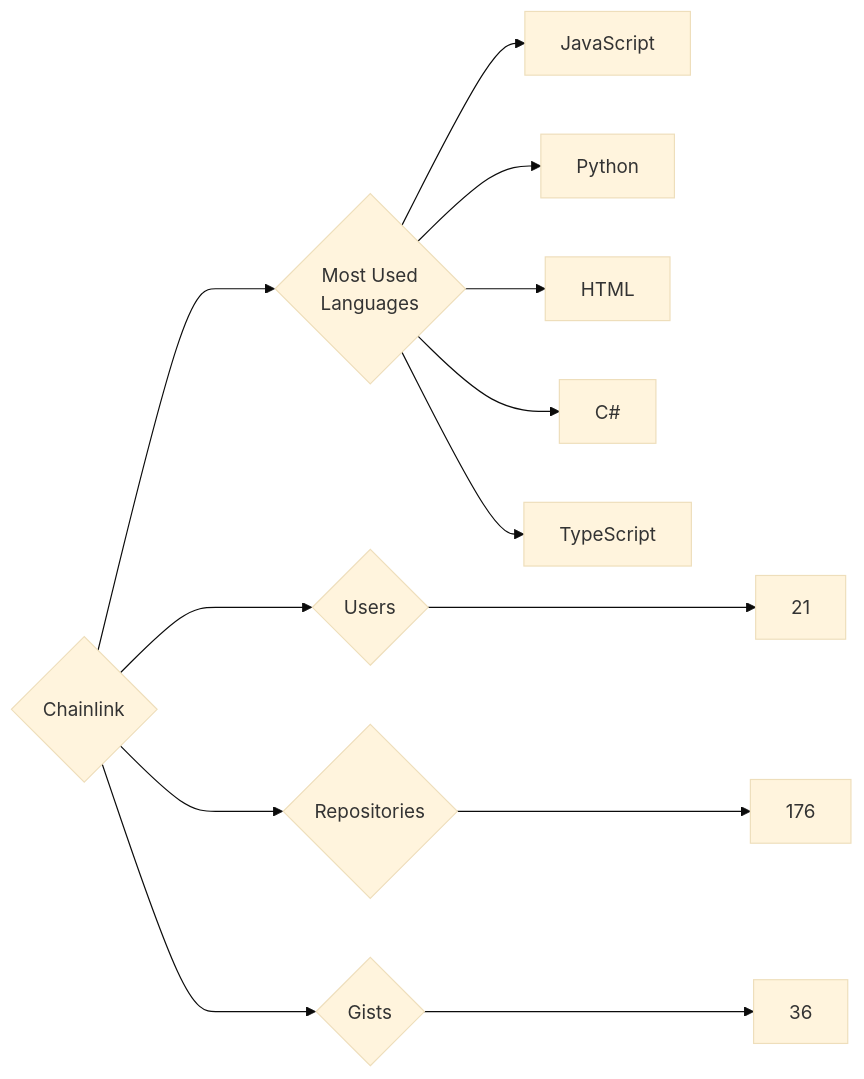
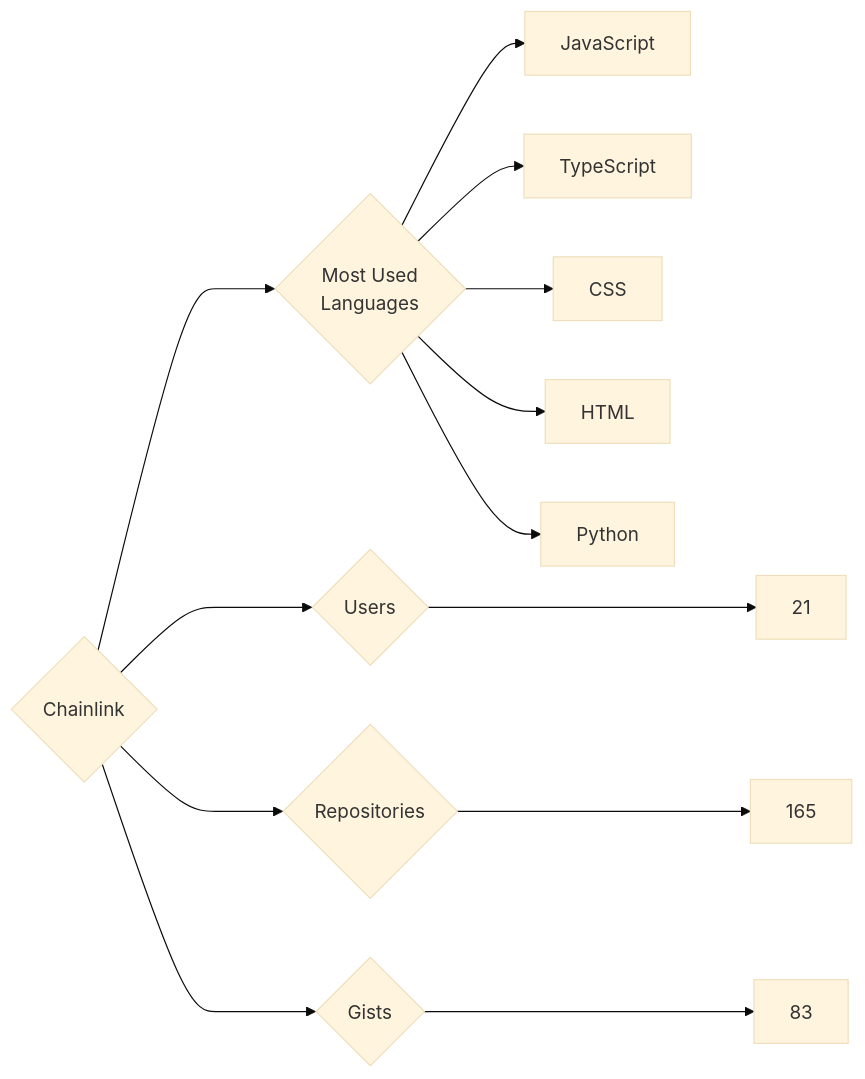
Before and after one commit to trickest/insiders: the diagram in targets/Chainlink/README.md, drawn with Mermaid (base theme). The commit also changed 569 other files, not shown here.

````diff
--- a/targets/Chainlink/README.md
+++ b/targets/Chainlink/README.md
@@ -3,13 +3,13 @@
 ```mermaid
 graph LR
 COMPANY_NAME{Chainlink}
 COMPANY_NAME ---> U{Users} ---> UN[21]
-COMPANY_NAME ---> R{Repositories} ---> RN[176]
-COMPANY_NAME ---> G{Gists} ---> GN[36]
+COMPANY_NAME ---> R{Repositories} ---> RN[165]
+COMPANY_NAME ---> G{Gists} ---> GN[83]
 COMPANY_NAME ---> ML{Most Used<br>Languages}
 ML --> JavaScript[JavaScript]
+ML --> TypeScript[TypeScript]
+ML --> CSS[CSS]
+ML --> HTML[HTML]
 ML --> Python[Python]
-ML --> HTML[HTML]
-ML --> C#[C#]
-ML --> TypeScript[TypeScript]
 ```
````
